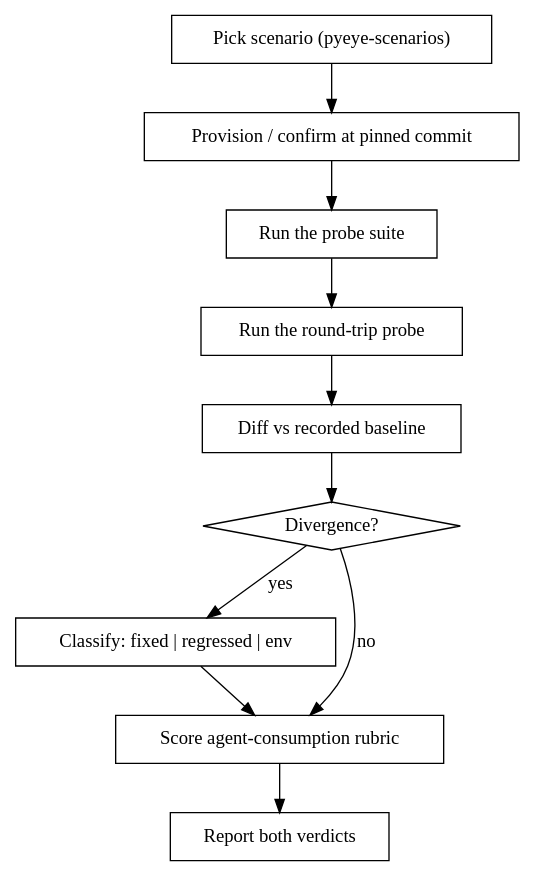
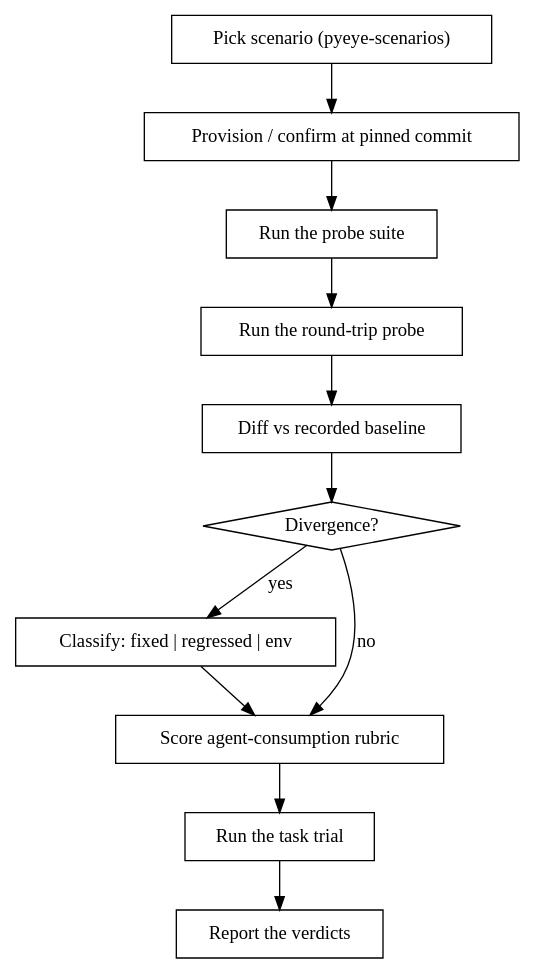
One commit to okeefeco/pyeye-mcp changed the diagram in .claude/skills/pyeye-verify/SKILL.md. Above: the diagram before and after it, drawn with Graphviz. The commit also changed other lines of this file and 5 other files, not shown here.

````diff
--- a/.claude/skills/pyeye-verify/SKILL.md
+++ b/.claude/skills/pyeye-verify/SKILL.md
@@ -30,24 +31,26 @@
 ```dot
 digraph pyeye_verify {
     rankdir=TB;
     "Pick scenario (pyeye-scenarios)" [shape=box];
     "Provision / confirm at pinned commit" [shape=box];
     "Run the probe suite" [shape=box];
     "Run the round-trip probe" [shape=box];
     "Diff vs recorded baseline" [shape=box];
     "Divergence?" [shape=diamond];
     "Classify: fixed | regressed | env" [shape=box];
     "Score agent-consumption rubric" [shape=box];
-    "Report both verdicts" [shape=box];
+    "Run the task trial" [shape=box];
+    "Report the verdicts" [shape=box];
 
     "Pick scenario (pyeye-scenarios)" -> "Provision / confirm at pinned commit";
     "Provision / confirm at pinned commit" -> "Run the probe suite";
     "Run the probe suite" -> "Run the round-trip probe";
     "Run the round-trip probe" -> "Diff vs recorded baseline";
     "Diff vs recorded baseline" -> "Divergence?";
     "Divergence?" -> "Classify: fixed | regressed | env" [label="yes"];
     "Divergence?" -> "Score agent-consumption rubric" [label="no"];
     "Classify: fixed | regressed | env" -> "Score agent-consumption rubric";
-    "Score agent-consumption rubric" -> "Report both verdicts";
+    "Score agent-consumption rubric" -> "Run the task trial";
+    "Run the task trial" -> "Report the verdicts";
 }
 ```
````
